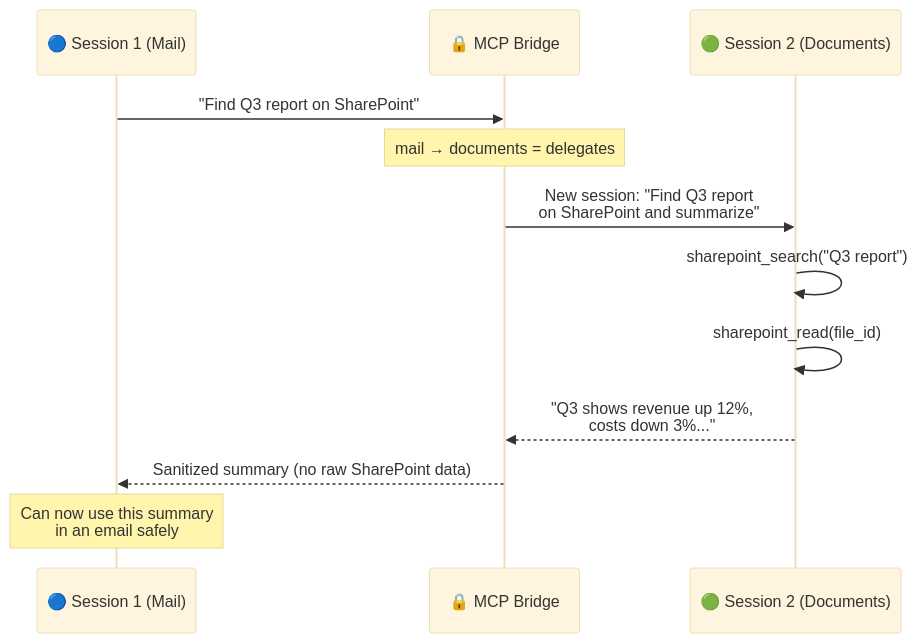
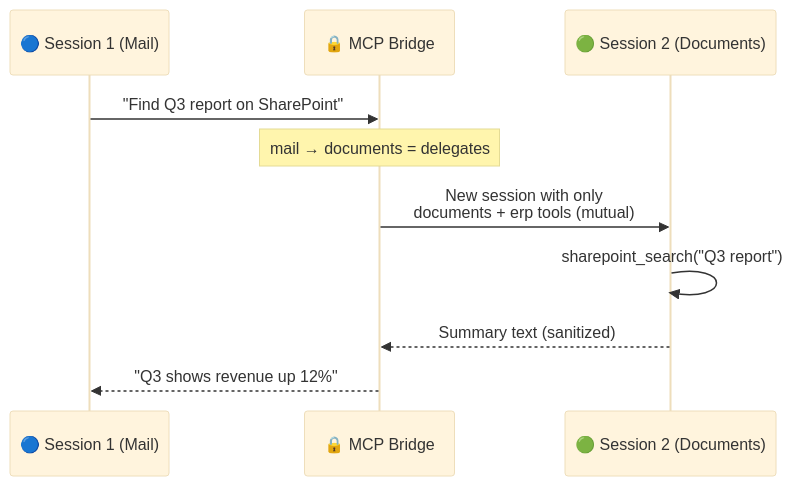
Before and after one commit to openhort/openhort: the fifth of 5 diagrams in docs/manual/internals/security/group-isolation.md, drawn with Mermaid (base theme). The commit also changed other lines of this file and 1 other file, not shown here.

````diff
--- a/docs/manual/internals/security/group-isolation.md
+++ b/docs/manual/internals/security/group-isolation.md
@@ -243,15 +171,13 @@
 ```mermaid
 sequenceDiagram
     participant S1 as 🔵 Session 1 (Mail)
     participant Bridge as 🔒 MCP Bridge
     participant S2 as 🟢 Session 2 (Documents)
 
     S1->>Bridge: "Find Q3 report on SharePoint"
     Note over Bridge: mail → documents = delegates
-    Bridge->>S2: New session: "Find Q3 report<br/>on SharePoint and summarize"
+    Bridge->>S2: New session with only<br/>documents + erp tools (mutual)
     S2->>S2: sharepoint_search("Q3 report")
-    S2->>S2: sharepoint_read(file_id)
-    S2-->>Bridge: "Q3 shows revenue up 12%,<br/>costs down 3%..."
-    Bridge-->>S1: Sanitized summary (no raw SharePoint data)
-    Note over S1: Can now use this summary<br/>in an email safely
+    S2-->>Bridge: Summary text (sanitized)
+    Bridge-->>S1: "Q3 shows revenue up 12%"
 ```
````
